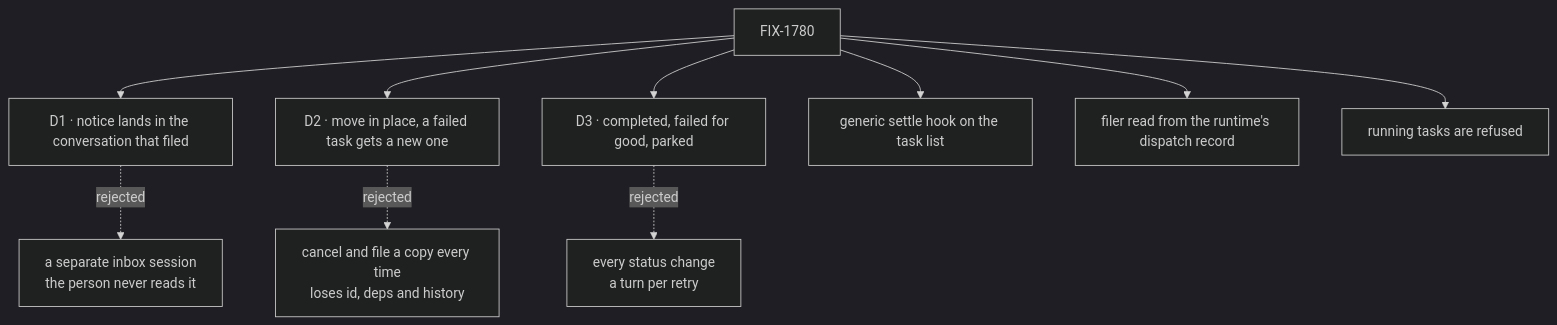
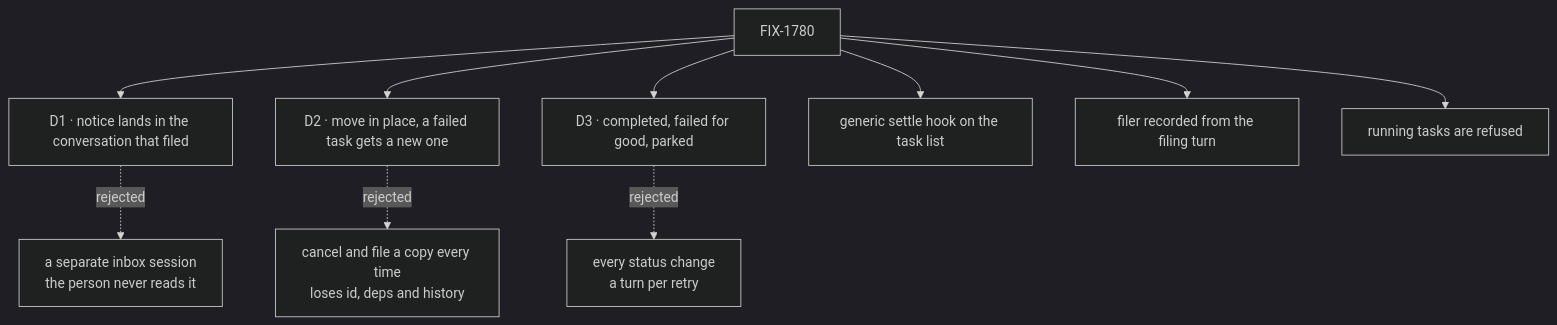
Before and after one commit to fixpoint-labs/flow-state-dev: the diagram in specs/issues/FIX-1780/DECISIONS.md, drawn with Mermaid (dark theme). The commit also changed other lines of this file and 4 other files, not shown here.

````diff
--- a/specs/issues/FIX-1780/DECISIONS.md
+++ b/specs/issues/FIX-1780/DECISIONS.md
@@ -10,12 +10,12 @@
 ```mermaid
 flowchart TD
   I["FIX-1780"] --> D1["D1 · notice lands in the conversation that filed"]
   D1 -.->|"rejected"| X1["a separate inbox session<br/>the person never reads it"]
   I --> D2["D2 · move in place, a failed task gets a new one"]
   D2 -.->|"rejected"| X2["cancel and file a copy every time<br/>loses id, deps and history"]
   I --> D3["D3 · completed, failed for good, parked"]
   D3 -.->|"rejected"| X3["every status change<br/>a turn per retry"]
   I --> E1["generic settle hook on the task list"]
-  I --> E2["filer read from the runtime's dispatch record"]
+  I --> E2["filer recorded from the filing turn"]
   I --> E3["running tasks are refused"]
 ```
````
